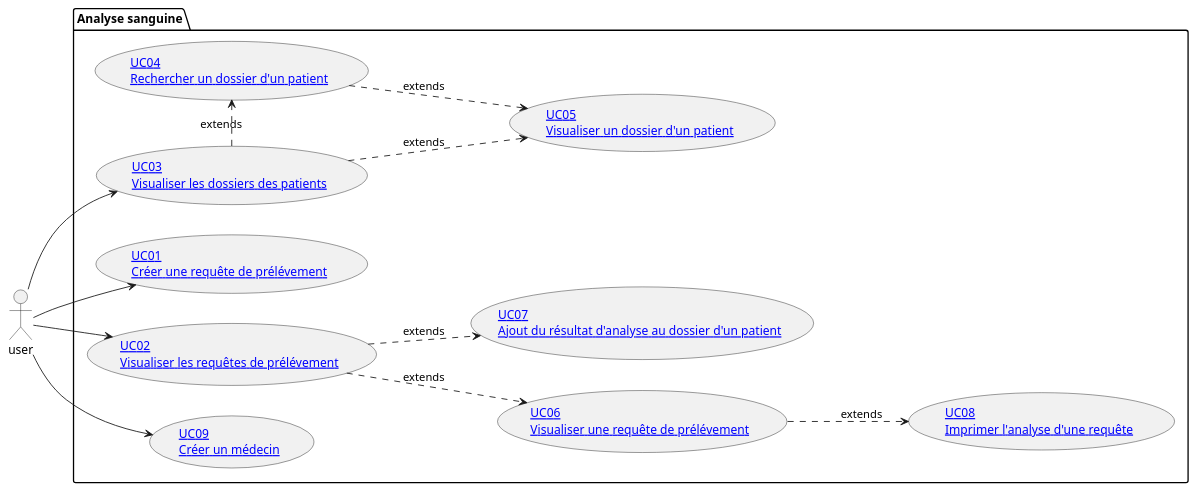
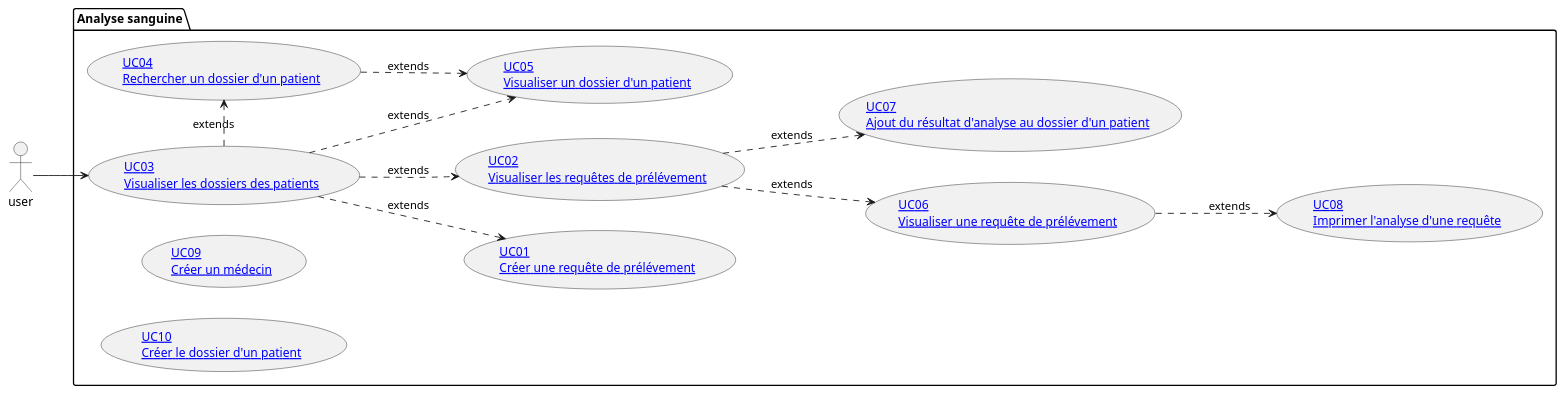
Before and after one commit to MainKarl/Rooftop: the diagram in Docs/Analyse_Sanguine/1_Analyse/UsesCases/index.md, drawn with PlantUML. The commit also changed 8 other files, not shown here.

Commit message:
Changement dans le schema

````diff
--- a/Docs/Analyse_Sanguine/1_Analyse/UsesCases/index.md
+++ b/Docs/Analyse_Sanguine/1_Analyse/UsesCases/index.md
@@ -3,37 +3,41 @@
 ```plantuml
 @startuml
 left to right direction
 actor user as user
 
 package "Analyse sanguine"{
     usecase ([[#!UseCases/UC01.md UC01\nCréer une requête de prélévement]]) as UC01
 
     usecase ([[#!UseCases/UC02.md UC02\nVisualiser les requêtes de prélévement]]) as UC02
 
     usecase ([[#!UseCases/UC03.md UC03\nVisualiser les dossiers des patients]]) as UC03
 
     usecase ([[#!UseCases/UC04.md UC04\nRechercher un dossier d'un patient]]) as UC04
 
     usecase ([[#!UseCases/UC05.md UC05\nVisualiser un dossier d'un patient]]) as UC05
 
     usecase ([[#!UseCases/UC06.md UC06\nVisualiser une requête de prélévement]]) as UC06
 
     usecase ([[#!UseCases/UC07.md UC07\nAjout du résultat d'analyse au dossier d'un patient]]) as UC07
 
     usecase ([[#!UseCases/UC08.md UC08\nImprimer l'analyse d'une requête]]) as UC08
 
     usecase ([[#!UseCases/UC09.md UC09\nCréer un médecin]]) as UC09
 
+    usecase ([[#!UseCases/UC10.md UC10\nCréer le dossier d'un patient]]) as UC10
+
     UC02 ..> UC06 : extends
     UC03 .> UC04 : extends
     UC03 ..> UC05 : extends
     UC04 ..> UC05 : extends
     UC06 ..> UC08 : extends
     UC02 ..> UC07 : extends
+    UC03 ..> UC01 : extends
+    UC03 ..> UC02 : extends
+
 }
 
-user --> UC01
-user --> UC02
 user --> UC03
-user --> UC09
+
+
 ```
````
